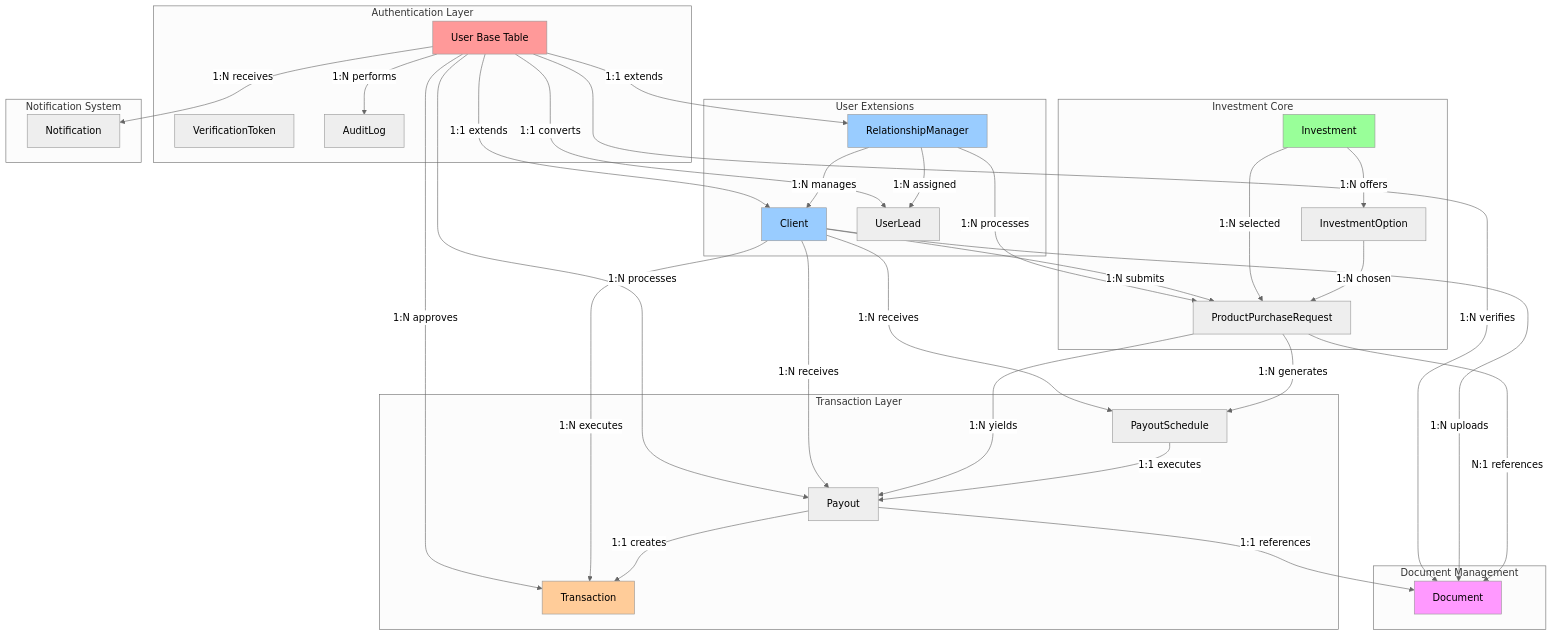
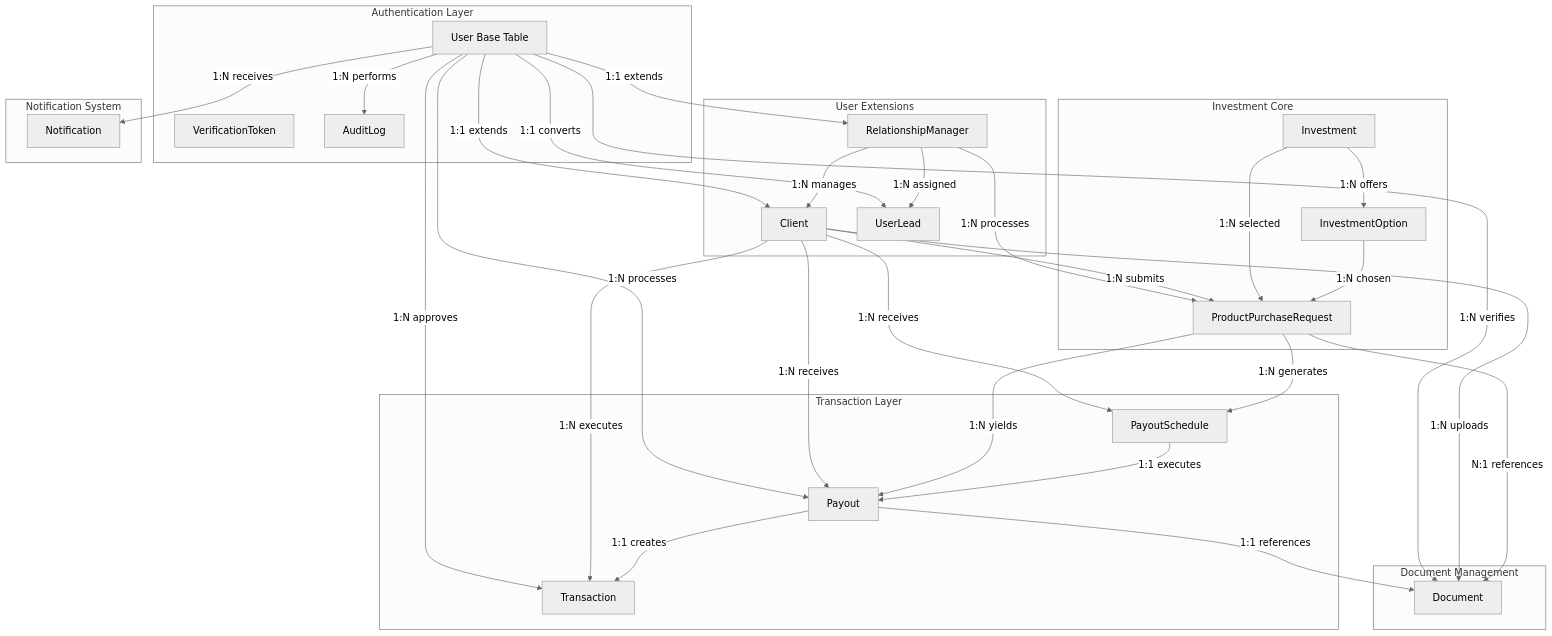
Before and after one commit to yashpandav/wealth-management: the second of 17 diagrams in DATABASE_SCHEMA.md, drawn with Mermaid (neutral theme). The commit also changed other lines of this file, not shown here.

First line of the commit message:
Clean up style definitions in DATABASE_SCHEMA.md

````diff
--- a/DATABASE_SCHEMA.md
+++ b/DATABASE_SCHEMA.md
@@ -312,72 +312,65 @@
 ```mermaid
 graph TB
     subgraph "Authentication Layer"
         A[User Base Table]
         B[VerificationToken]
         C[AuditLog]
     end
 
     subgraph "User Extensions"
         D[Client]
         E[RelationshipManager]
         F[UserLead]
     end
 
     subgraph "Investment Core"
         G[Investment]
         H[InvestmentOption]
         I[ProductPurchaseRequest]
     end
 
     subgraph "Transaction Layer"
         J[Transaction]
         K[PayoutSchedule]
         L[Payout]
     end
 
     subgraph "Document Management"
         M[Document]
     end
 
     subgraph "Notification System"
         N[Notification]
     end
 
     A -->|1:1 extends| D
     A -->|1:1 extends| E
     A -->|1:1 converts| F
     A -->|1:N performs| C
     A -->|1:N receives| N
     A -->|1:N verifies| M
     A -->|1:N approves| J
     A -->|1:N processes| L
 
     E -->|1:N manages| D
     E -->|1:N assigned| F
     E -->|1:N processes| I
 
     D -->|1:N submits| I
     D -->|1:N uploads| M
     D -->|1:N executes| J
     D -->|1:N receives| K
     D -->|1:N receives| L
 
     G -->|1:N offers| H
     G -->|1:N selected| I
     H -->|1:N chosen| I
 
     I -->|1:N generates| K
     I -->|1:N yields| L
     I -->|N:1 references| M
 
     K -->|1:1 executes| L
     L -->|1:1 creates| J
     L -->|1:1 references| M
-
-    style A fill:#ff9999
-    style D fill:#99ccff
-    style E fill:#99ccff
-    style G fill:#99ff99
-    style J fill:#ffcc99
-    style M fill:#ff99ff
 ```
````
